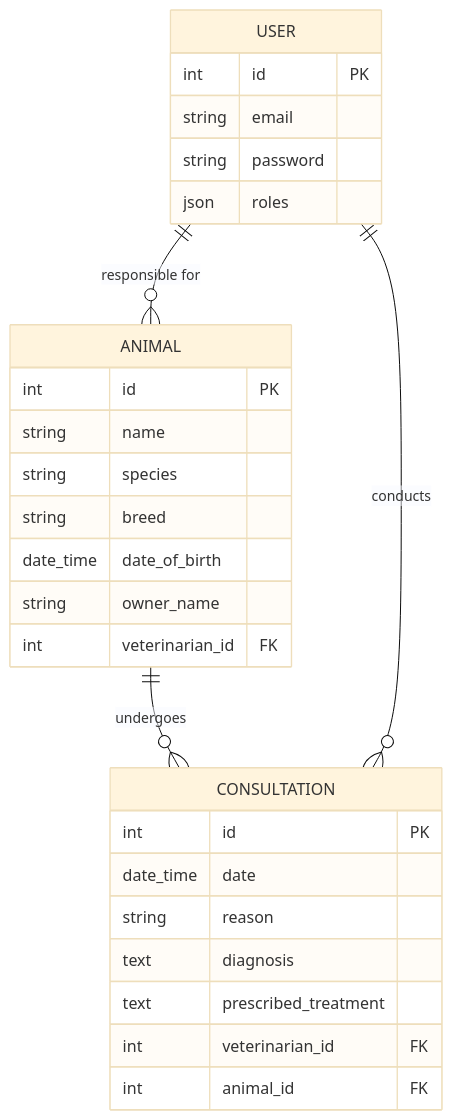
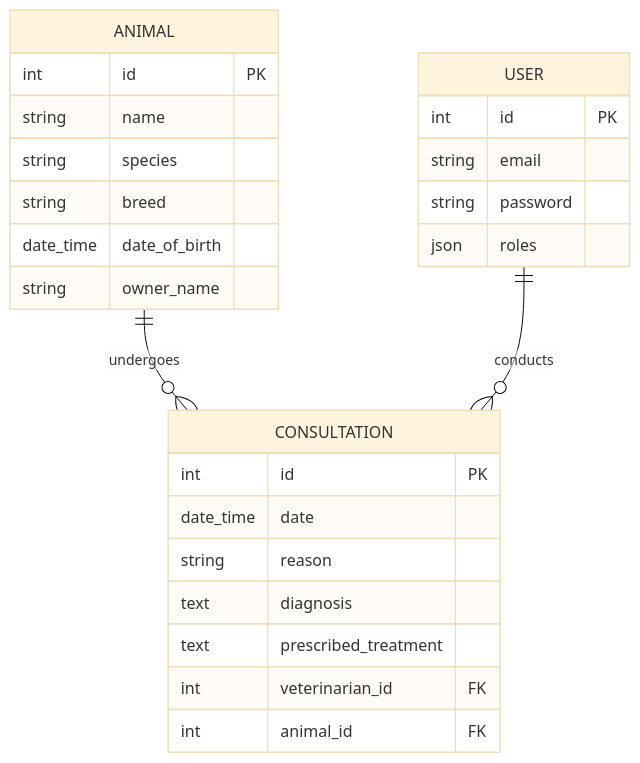
Before and after one commit to hgfr09/vetocare: the diagram in docs/TECHNICAL_NOTES.md, drawn with Mermaid (base theme). The commit also changed other lines of this file, not shown here.

First line of the commit message:
docs(architecture): update ERD diagram and permissions in technical notes

````diff
--- a/docs/TECHNICAL_NOTES.md
+++ b/docs/TECHNICAL_NOTES.md
@@ -22,33 +22,31 @@
 ```mermaid
 erDiagram
     ANIMAL ||--o{ CONSULTATION : "undergoes"
     USER ||--o{ CONSULTATION : "conducts"
-    USER ||--o{ ANIMAL : "responsible for"
 
     USER {
         int id PK
         string email
         string password
         json roles
     }
 
     ANIMAL {
         int id PK
         string name
         string species
         string breed
         date_time date_of_birth
         string owner_name
-        int veterinarian_id FK
     }
 
     CONSULTATION {
         int id PK
         date_time date
         string reason
         text diagnosis
         text prescribed_treatment
         int veterinarian_id FK
         int animal_id FK
     }
 ```
````
